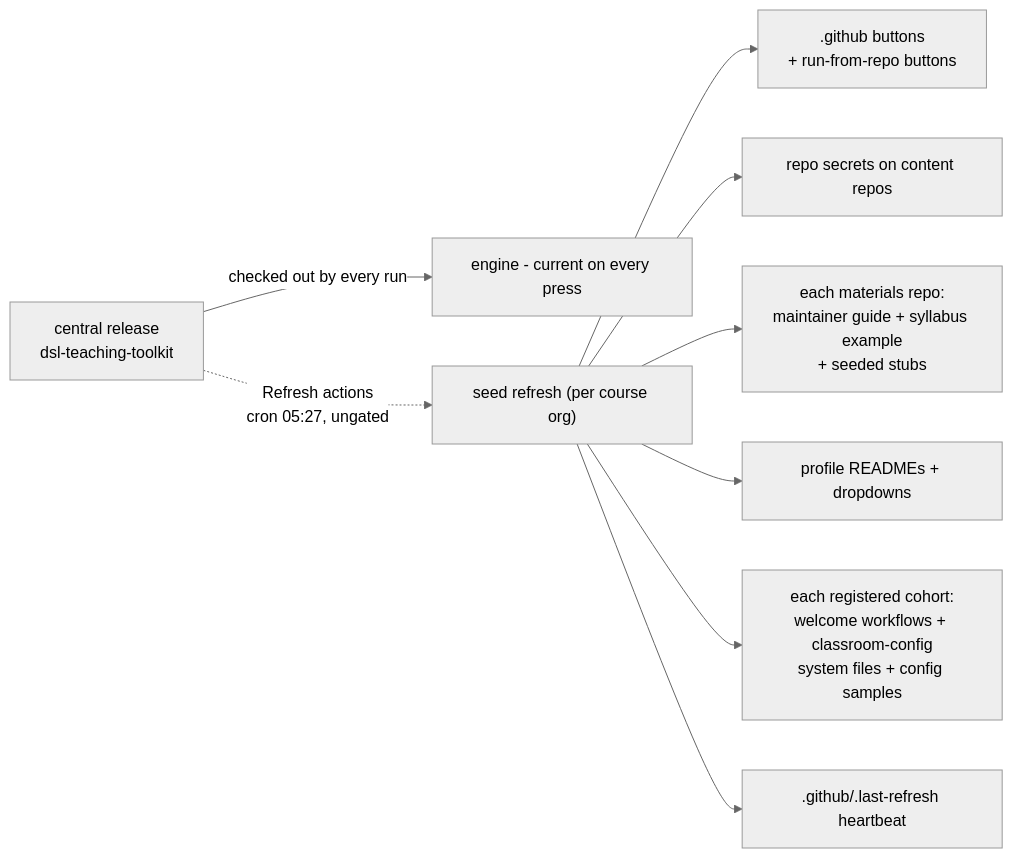
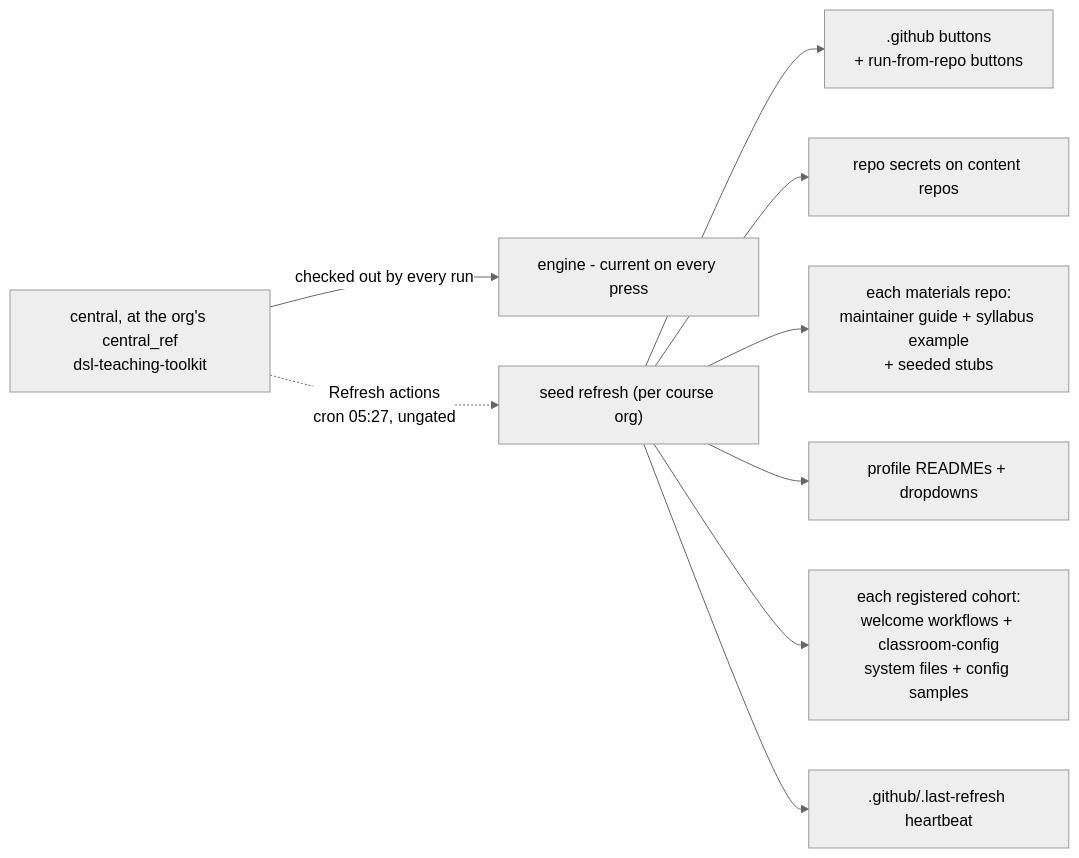
One commit to hertie-data-science-lab/dsl-teaching-toolkit changed the eighth of 10 diagrams in docs-admin-arch/architecture.md. Above: the diagram before and after it, drawn with Mermaid (neutral theme). The commit also changed other lines of this file and 4 other files, not shown here.

````diff
--- a/docs-admin-arch/architecture.md
+++ b/docs-admin-arch/architecture.md
@@ -446,19 +450,19 @@
 ```mermaid
 flowchart LR
-  c["`central release
+  c["`central, at the org's central_ref
 dsl-teaching-toolkit`"]
   c -->|"checked out by every run"| eng["engine - current on every press"]
   c -.->|"`Refresh actions
 cron 05:27, ungated`"| sr["seed refresh (per course org)"]
   sr --> w["`.github buttons
 + run-from-repo buttons`"]
   sr --> sec["repo secrets on content repos"]
   sr --> sys["`each materials repo:
 maintainer guide + syllabus example
 + seeded stubs`"]
   sr --> pr["profile READMEs + dropdowns"]
   sr --> coh["`each registered cohort:
 welcome workflows + classroom-config
 system files + config samples`"]
   sr --> hb[".github/.last-refresh heartbeat"]
 ```
````
